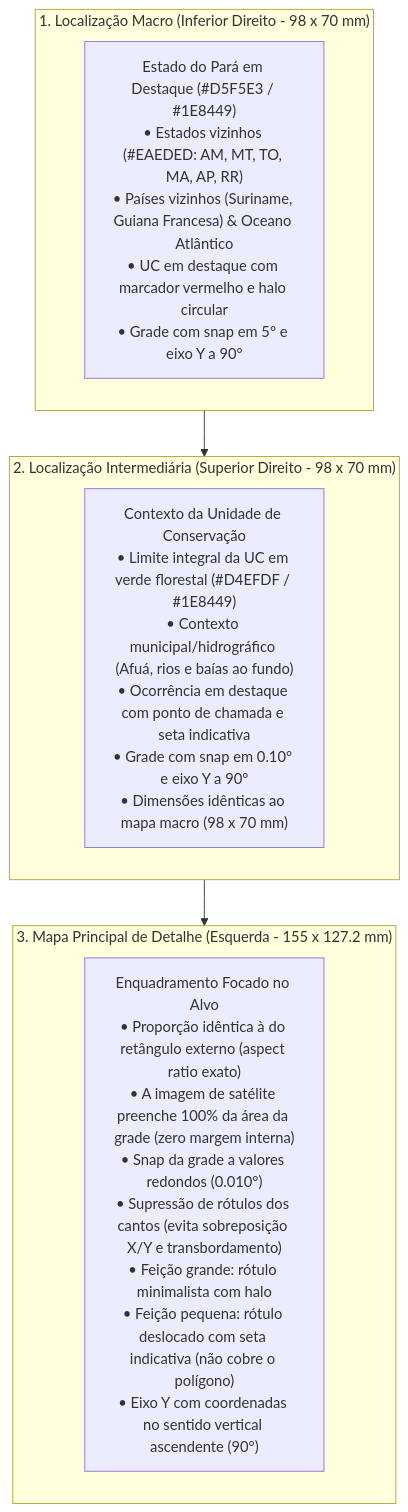
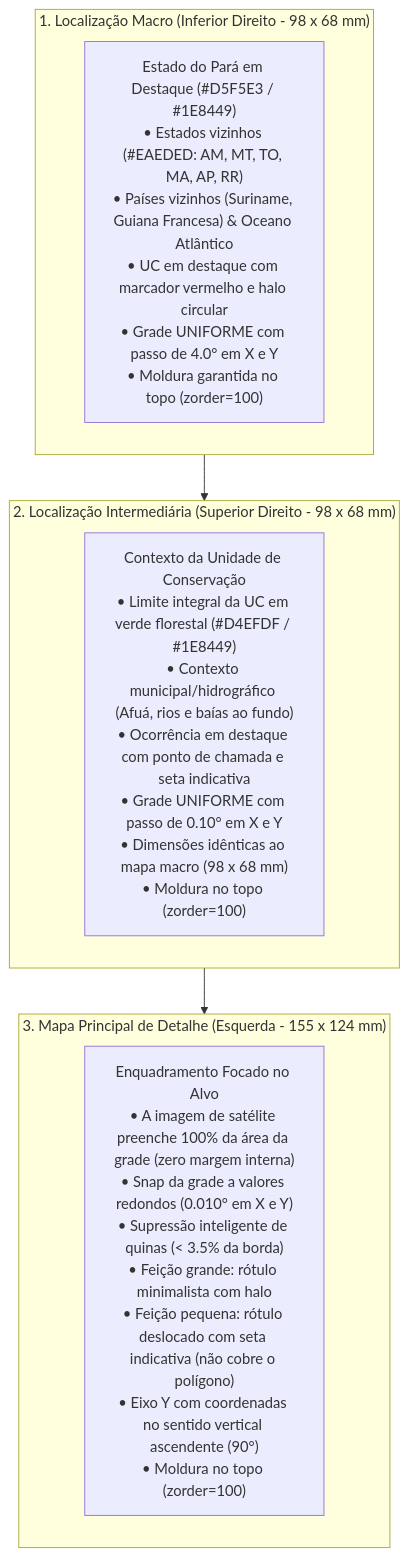
The diagram in .agents/skills/qgis-layout-engine/SKILL.md (NGEO-IDEFLOR-Bio/restaura-pes-charapucu), drawn with Mermaid before and after one commit. The commit also changed other lines of this file and 3 other files, not shown here.

````diff
--- a/.agents/skills/qgis-layout-engine/SKILL.md
+++ b/.agents/skills/qgis-layout-engine/SKILL.md
@@ -24,17 +24,17 @@
 ```mermaid
 flowchart TD
-    subgraph MACRO["1. Localização Macro (Inferior Direito - 98 x 70 mm)"]
-        M1["Estado do Pará em Destaque (#D5F5E3 / #1E8449)<br/>• Estados vizinhos (#EAEDED: AM, MT, TO, MA, AP, RR)<br/>• Países vizinhos (Suriname, Guiana Francesa) & Oceano Atlântico<br/>• UC em destaque com marcador vermelho e halo circular<br/>• Grade com snap em 5° e eixo Y a 90°"]
+    subgraph MACRO["1. Localização Macro (Inferior Direito - 98 x 68 mm)"]
+        M1["Estado do Pará em Destaque (#D5F5E3 / #1E8449)<br/>• Estados vizinhos (#EAEDED: AM, MT, TO, MA, AP, RR)<br/>• Países vizinhos (Suriname, Guiana Francesa) & Oceano Atlântico<br/>• UC em destaque com marcador vermelho e halo circular<br/>• Grade UNIFORME com passo de 4.0° em X e Y<br/>• Moldura garantida no topo (zorder=100)"]
     end
 
-    subgraph INTERMEDIARIO["2. Localização Intermediária (Superior Direito - 98 x 70 mm)"]
-        I1["Contexto da Unidade de Conservação<br/>• Limite integral da UC em verde florestal (#D4EFDF / #1E8449)<br/>• Contexto municipal/hidrográfico (Afuá, rios e baías ao fundo)<br/>• Ocorrência em destaque com ponto de chamada e seta indicativa<br/>• Grade com snap em 0.10° e eixo Y a 90°<br/>• Dimensões idênticas ao mapa macro (98 x 70 mm)"]
+    subgraph INTERMEDIARIO["2. Localização Intermediária (Superior Direito - 98 x 68 mm)"]
+        I1["Contexto da Unidade de Conservação<br/>• Limite integral da UC em verde florestal (#D4EFDF / #1E8449)<br/>• Contexto municipal/hidrográfico (Afuá, rios e baías ao fundo)<br/>• Ocorrência em destaque com ponto de chamada e seta indicativa<br/>• Grade UNIFORME com passo de 0.10° em X e Y<br/>• Dimensões idênticas ao mapa macro (98 x 68 mm)<br/>• Moldura no topo (zorder=100)"]
     end
 
-    subgraph DETALHE["3. Mapa Principal de Detalhe (Esquerda - 155 x 127.2 mm)"]
-        D1["Enquadramento Focado no Alvo<br/>• Proporção idêntica à do retângulo externo (aspect ratio exato)<br/>• A imagem de satélite preenche 100% da área da grade (zero margem interna)<br/>• Snap da grade a valores redondos (0.010°)<br/>• Supressão de rótulos dos cantos (evita sobreposição X/Y e transbordamento)<br/>• Feição grande: rótulo minimalista com halo<br/>• Feição pequena: rótulo deslocado com seta indicativa (não cobre o polígono)<br/>• Eixo Y com coordenadas no sentido vertical ascendente (90°)"]
+    subgraph DETALHE["3. Mapa Principal de Detalhe (Esquerda - 155 x 124 mm)"]
+        D1["Enquadramento Focado no Alvo<br/>• A imagem de satélite preenche 100% da área da grade (zero margem interna)<br/>• Snap da grade a valores redondos (0.010° em X e Y)<br/>• Supressão inteligente de quinas (< 3.5% da borda)<br/>• Feição grande: rótulo minimalista com halo<br/>• Feição pequena: rótulo deslocado com seta indicativa (não cobre o polígono)<br/>• Eixo Y com coordenadas no sentido vertical ascendente (90°)<br/>• Moldura no topo (zorder=100)"]
     end
 
     MACRO --> INTERMEDIARIO
     INTERMEDIARIO --> DETALHE
 ```
````
